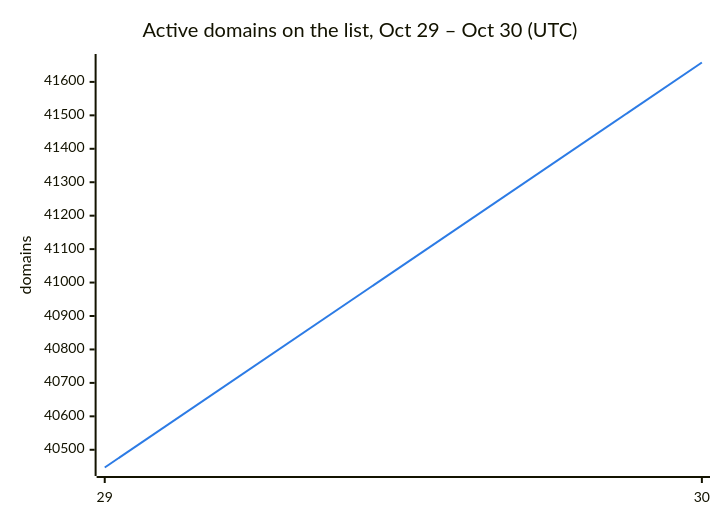
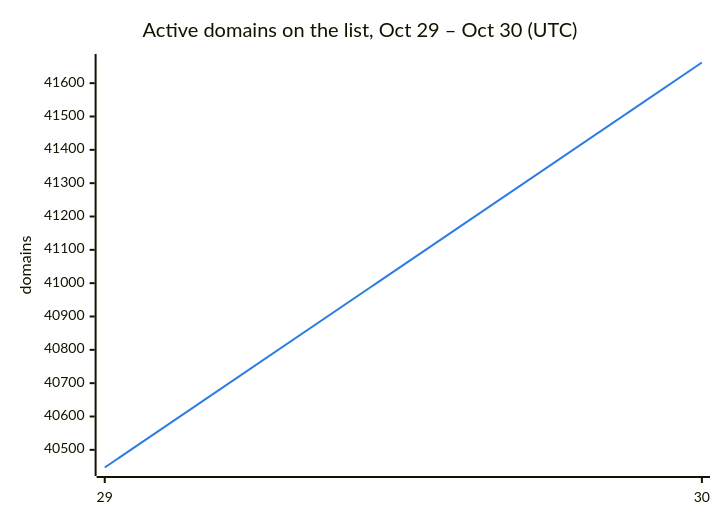
One commit to DNSBunker/CTI changed the second of 3 diagrams in README.md. Above: the diagram before and after it, drawn with Mermaid. The commit also changed other lines of this file and 3 other files, not shown here.

````diff
--- a/README.md
+++ b/README.md
@@ -38,8 +38,8 @@
 ```mermaid
 %%{init: {"themeVariables": {"xyChart": {"plotColorPalette": "#2c7be5"}}}}%%
 xychart-beta
     title "Active domains on the list, Oct 29 – Oct 30 (UTC)"
     x-axis ["29", "30"]
     y-axis "domains"
-    line [40447, 41658]
+    line [40447, 41662]
 ```
````
